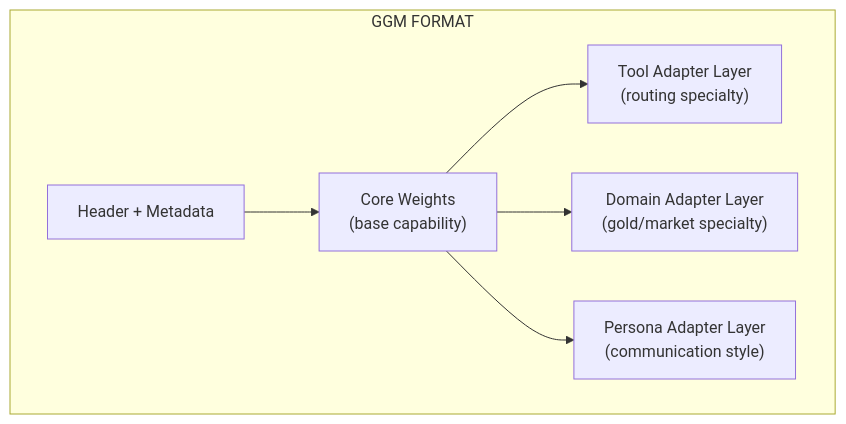
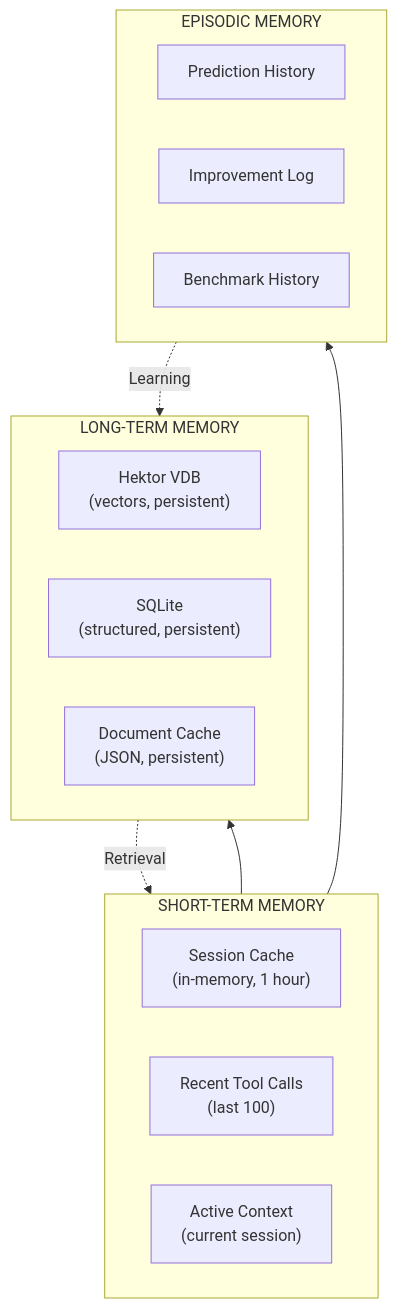
Before and after one commit to Artifact-Virtual/GLADIUS: the fourth of 6 diagrams in MODEL.md, drawn with Mermaid. The commit also changed other lines of this file and 9 other files, not shown here.

````diff
--- a/MODEL.md
+++ b/MODEL.md
@@ -448,15 +454,25 @@
 ```mermaid
 flowchart TD
-    subgraph GGM [GGM FORMAT]
-        Header["Header + Metadata"]
-        CoreWeights["Core Weights<br/>(base capability)"]
-        ToolAdapter["Tool Adapter Layer<br/>(routing specialty)"]
-        DomainAdapter["Domain Adapter Layer<br/>(gold/market specialty)"]
-        PersonaAdapter["Persona Adapter Layer<br/>(communication style)"]
+    subgraph SHORT_TERM [SHORT-TERM MEMORY]
+        SessionCache["Session Cache<br/>(in-memory, 1 hour)"]
+        RecentTools["Recent Tool Calls<br/>(last 100)"]
+        ActiveContext["Active Context<br/>(current session)"]
     end
 
-    Header --> CoreWeights
-    CoreWeights --> ToolAdapter
-    CoreWeights --> DomainAdapter
-    CoreWeights --> PersonaAdapter
+    subgraph LONG_TERM [LONG-TERM MEMORY]
+        HektorVDB["Hektor VDB<br/>(vectors, persistent)"]
+        SQLite["SQLite<br/>(structured, persistent)"]
+        DocCache["Document Cache<br/>(JSON, persistent)"]
+    end
+
+    subgraph EPISODIC [EPISODIC MEMORY]
+        Predictions["Prediction History"]
+        Improvements["Improvement Log"]
+        Benchmarks["Benchmark History"]
+    end
+
+    SHORT_TERM --> LONG_TERM
+    SHORT_TERM --> EPISODIC
+    LONG_TERM -.->|"Retrieval"| SHORT_TERM
+    EPISODIC -.->|"Learning"| LONG_TERM
 ```
````
